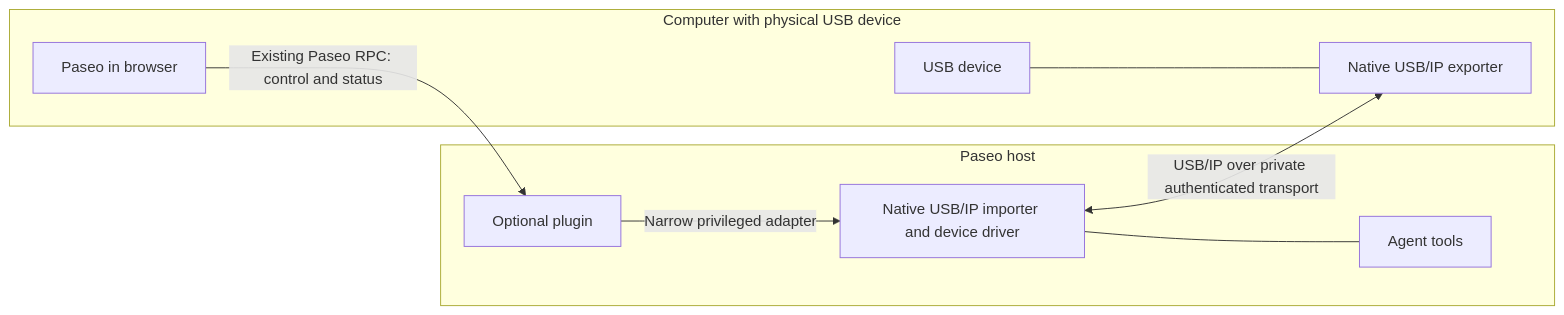
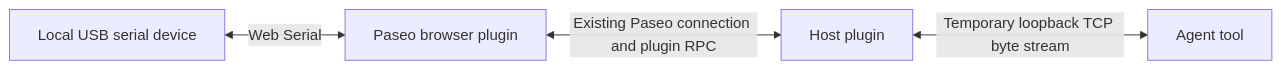
The diagram in docs/browser-usb-passthrough.md (Tomblarom/paseo), drawn with Mermaid before and after one commit. The commit also changed other lines of this file and 21 other files, not shown here.

Commit message:
feat(plugin): forward browser USB serial to host tools

````diff
--- a/docs/browser-usb-passthrough.md
+++ b/docs/browser-usb-passthrough.md
@@ -112,14 +126,6 @@
 ```mermaid
 flowchart LR
-  subgraph Local[Computer with physical USB device]
-    U[USB device] --- E[Native USB/IP exporter]
-    B[Paseo in browser]
-  end
-  subgraph Remote[Paseo host]
-    P[Optional plugin]
-    I[Native USB/IP importer and device driver] --- A[Agent tools]
-  end
-  B -->|Existing Paseo RPC: control and status| P
-  P -->|Narrow privileged adapter| I
-  I <-->|USB/IP over private authenticated transport| E
+  U[Local USB serial device] <-->|Web Serial| B[Paseo browser plugin]
+  B <-->|Existing Paseo connection and plugin RPC| P[Host plugin]
+  P <-->|Temporary loopback TCP byte stream| A[Agent tool]
 ```
````
